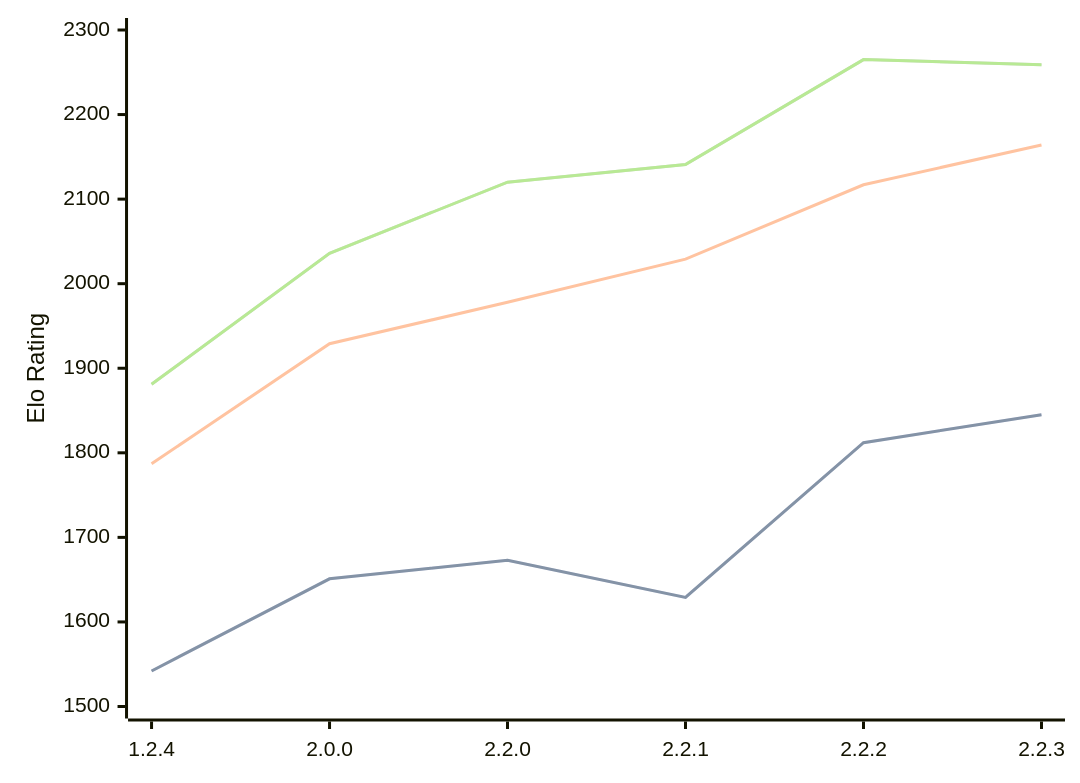
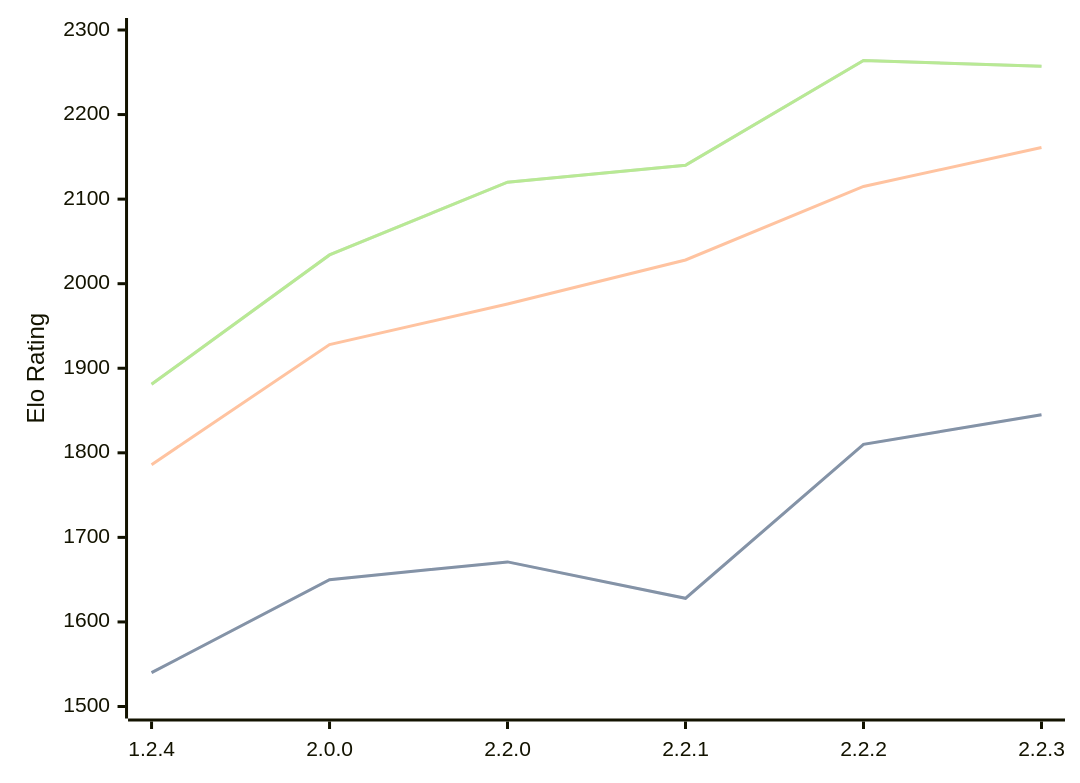
One commit to computer-chess-index/cci changed the diagram in engines/Kreveta.md. Above: the diagram before and after it, drawn with Mermaid. The commit also changed other lines of this file, not shown here.

Commit message:
Update CCI Ratings (ELO VLTC) - 2026-03-04

````diff
--- a/engines/Kreveta.md
+++ b/engines/Kreveta.md
@@ -37,11 +37,11 @@
 ```mermaid
 %%{init: {"theme":"base","themeVariables":{"seriesColors:['#a3a3a3','#222221','#faa371']}}}%%
 xychart-beta
   x-axis ["1.2.4", "2.0.0", "2.2.0", "2.2.1", "2.2.2", "2.2.3"]
   y-axis "Elo Rating" 1500 --> 2300
-  line "STC (8.0+0.08s)" [1542, 1651, 1673, 1629, 1812, 1845]
-  line "STC (8.0+0.08s)" [1542, 1651, 1673, 1629, 1812, 1845]
-  line "LTC (60.0+0.60s)" [1787, 1929, 1978, 2029, 2117, 2164]
-  line "VLTC (2m24s+1.12s)" [1881, 2036, 2120, 2141, 2265, 2259]
-  line "VLTC (2m24s+1.12s)" [1881, 2036, 2120, 2141, 2265, 2259]
+  line "STC (8.0+0.08s)" [1540, 1650, 1671, 1628, 1810, 1845]
+  line "STC (8.0+0.08s)" [1540, 1650, 1671, 1628, 1810, 1845]
+  line "LTC (60.0+0.60s)" [1786, 1928, 1976, 2028, 2115, 2161]
+  line "VLTC (2m24s+1.12s)" [1881, 2034, 2120, 2140, 2264, 2257]
+  line "VLTC (2m24s+1.12s)" [1881, 2034, 2120, 2140, 2264, 2257]
 ```
````
